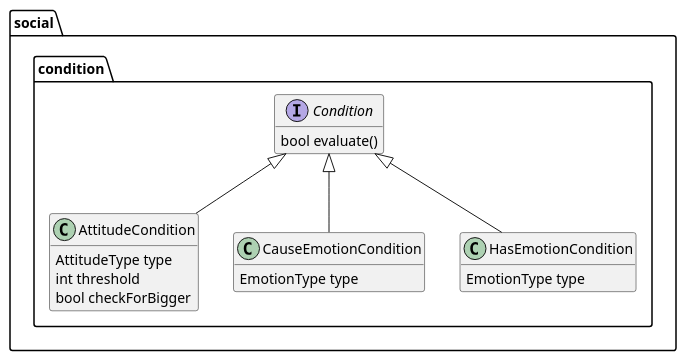
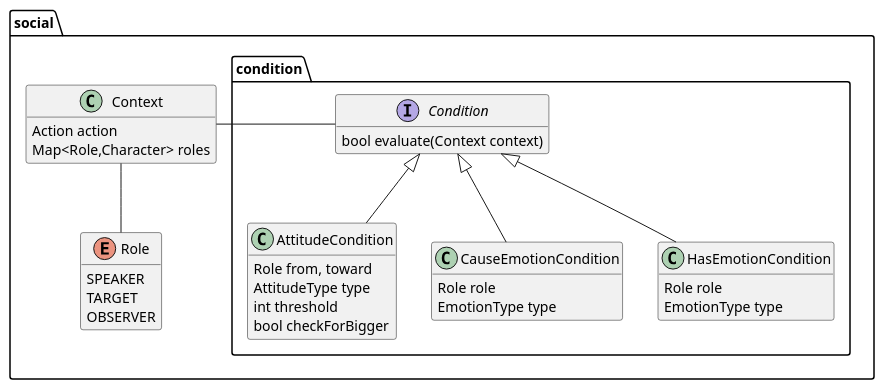
Before and after one commit to Orchaldir/SocialSimulation: the diagram in doc/design/condition.puml, drawn with PlantUML. The commit also changed 1 other file, not shown here.

Commit message:
[#1] Add Context & Role

```diff
--- a/doc/design/condition.puml
+++ b/doc/design/condition.puml
@@ -1,36 +1,53 @@
 @startuml
 
 hide empty members
 
 package social {
 
 package condition {
 
 interface Condition {
-  bool evaluate()
+  bool evaluate(Context context)
 }
 
 class AttitudeCondition {
+  Role from, toward
   AttitudeType type
   int threshold
   bool checkForBigger
 }
 
 class CauseEmotionCondition {
+  Role role
   EmotionType type
 }
 
 class HasEmotionCondition {
+  Role role
   EmotionType type
 }
 
 }
 
+enum Role {
+  SPEAKER
+  TARGET
+  OBSERVER
 }
 
+class Context {
+  Action action
+  Map<Role,Character> roles
+}
+
+}
+
+Condition -left- Context
 Condition <|-- AttitudeCondition
 Condition <|-- CauseEmotionCondition
 Condition <|-- HasEmotionCondition
 
+Context -- Role
+
 
 @enduml
```
